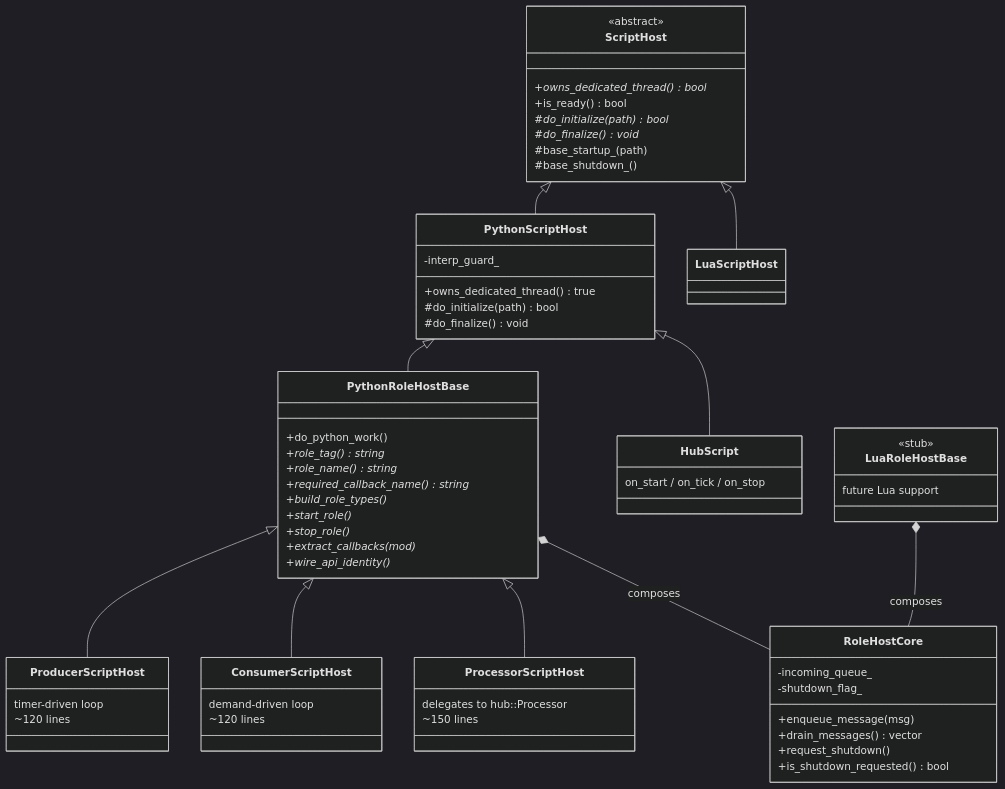
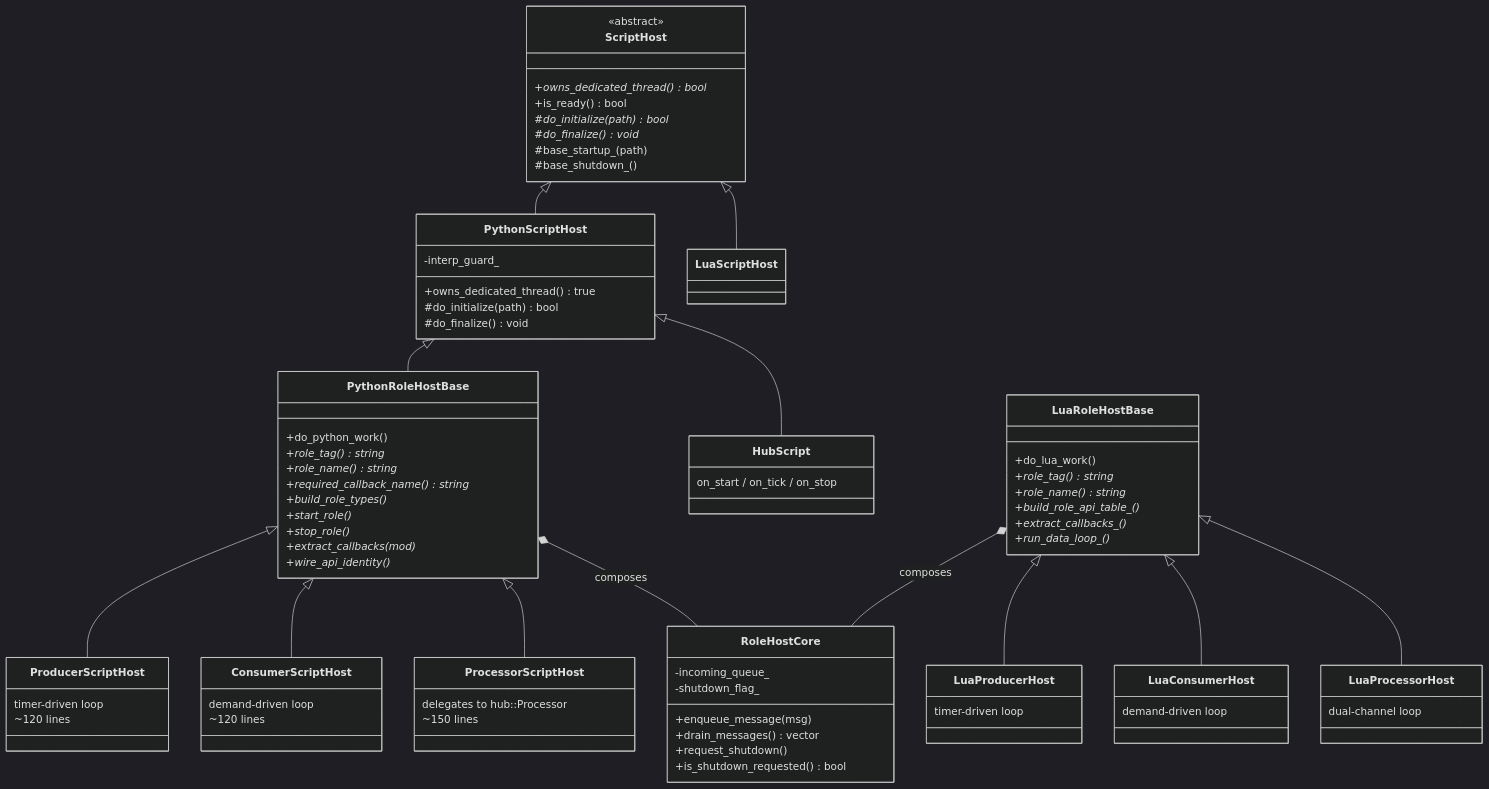
The first of 2 diagrams in docs/HEP/HEP-CORE-0011-ScriptHost-Abstraction-Framework.md (Qing-LAB/pylabhub), drawn with Mermaid before and after one commit. The commit also changed other lines of this file and 90 other files, not shown here.

````diff
--- a/docs/HEP/HEP-CORE-0011-ScriptHost-Abstraction-Framework.md
+++ b/docs/HEP/HEP-CORE-0011-ScriptHost-Abstraction-Framework.md
@@ -172,8 +177,21 @@
         ~150 lines
     }
     class LuaRoleHostBase {
-        <<stub>>
-        future Lua support
+        +do_lua_work()
+        +role_tag()* string
+        +role_name()* string
+        +build_role_api_table_()*
+        +extract_callbacks_()*
+        +run_data_loop_()*
+    }
+    class LuaProducerHost {
+        timer-driven loop
+    }
+    class LuaConsumerHost {
+        demand-driven loop
+    }
+    class LuaProcessorHost {
+        dual-channel loop
     }
 
     ScriptHost <|-- PythonScriptHost
@@ -185,4 +203,7 @@
     PythonRoleHostBase <|-- ProcessorScriptHost
     PythonRoleHostBase *-- RoleHostCore : composes
     LuaRoleHostBase *-- RoleHostCore : composes
+    LuaRoleHostBase <|-- LuaProducerHost
+    LuaRoleHostBase <|-- LuaConsumerHost
+    LuaRoleHostBase <|-- LuaProcessorHost
 ```
````
